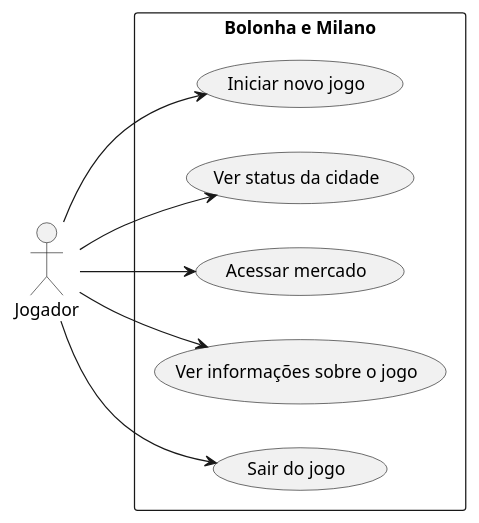
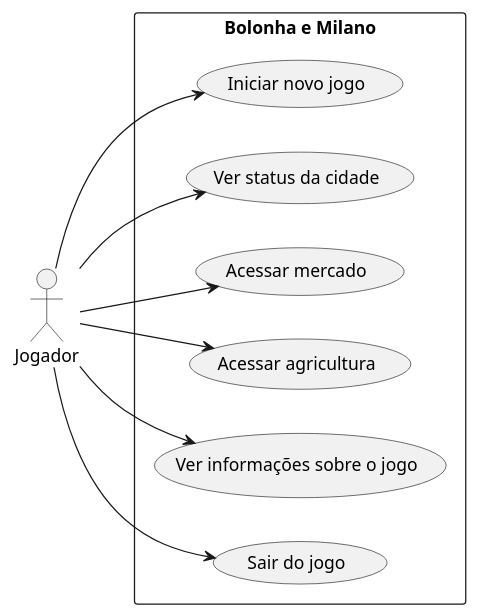
One commit to guipoliver/Bolonha-e-Milano changed the diagram in casos-de-uso/casos-de-uso.puml. Above: the diagram before and after it, drawn with PlantUML. The commit also changed 10 other files, not shown here.

Commit message:
Etapa 4: servos, classe Agricultura, submenu e diagramas

```diff
--- a/casos-de-uso/casos-de-uso.puml
+++ b/casos-de-uso/casos-de-uso.puml
@@ -1,18 +1,20 @@
 @startuml
 left to right direction
 actor Jogador
 
 rectangle "Bolonha e Milano" {
   usecase "Iniciar novo jogo" as UC1
   usecase "Ver status da cidade" as UC2
   usecase "Acessar mercado" as UC3
-  usecase "Ver informações sobre o jogo" as UC4
-  usecase "Sair do jogo" as UC5
+  usecase "Acessar agricultura" as UC4
+  usecase "Ver informações sobre o jogo" as UC5
+  usecase "Sair do jogo" as UC6
 }
 
 Jogador --> UC1
 Jogador --> UC2
 Jogador --> UC3
 Jogador --> UC4
 Jogador --> UC5
+Jogador --> UC6
 @enduml
```
